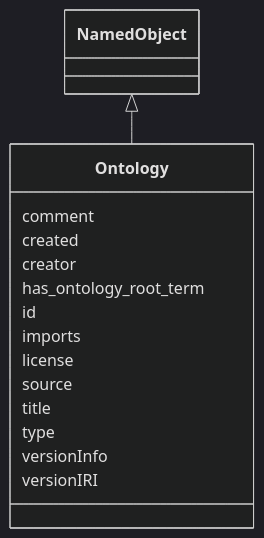
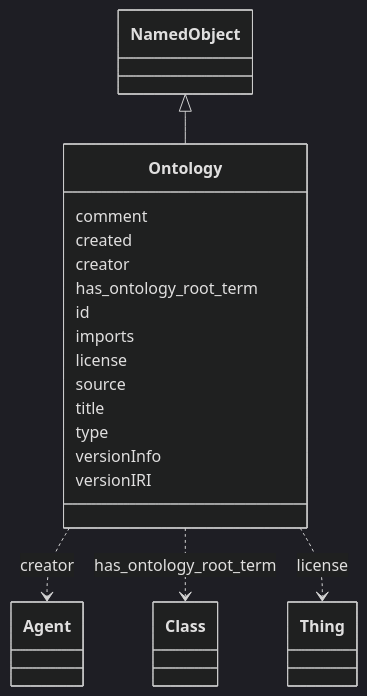
Before and after one commit to INCATools/ontology-access-kit: the diagram in ontology-metadata/Ontology.md, drawn with Mermaid (dark theme). The commit also changed other lines of this file and 1783 other files, not shown here.

````diff
--- a/ontology-metadata/Ontology.md
+++ b/ontology-metadata/Ontology.md
@@ -11,19 +11,37 @@
 ```{mermaid}
  classDiagram
     class Ontology
       NamedObject <|-- Ontology
       
       Ontology : comment
+        
       Ontology : created
+        
       Ontology : creator
+        
+          Ontology ..> Agent : creator
+        
       Ontology : has_ontology_root_term
+        
+          Ontology ..> Class : has_ontology_root_term
+        
       Ontology : id
+        
       Ontology : imports
+        
       Ontology : license
+        
+          Ontology ..> Thing : license
+        
       Ontology : source
+        
       Ontology : title
+        
       Ontology : type
+        
       Ontology : versionInfo
+        
       Ontology : versionIRI
+        
       
 ```
````
